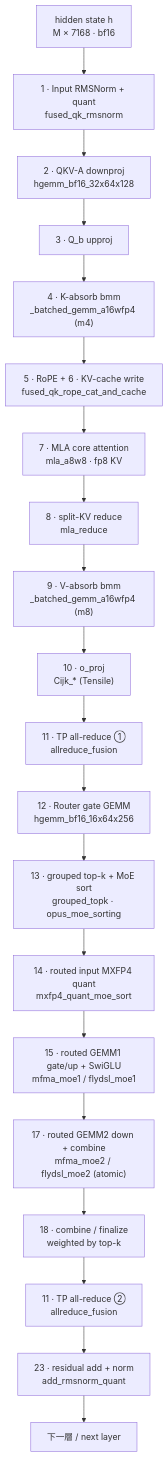
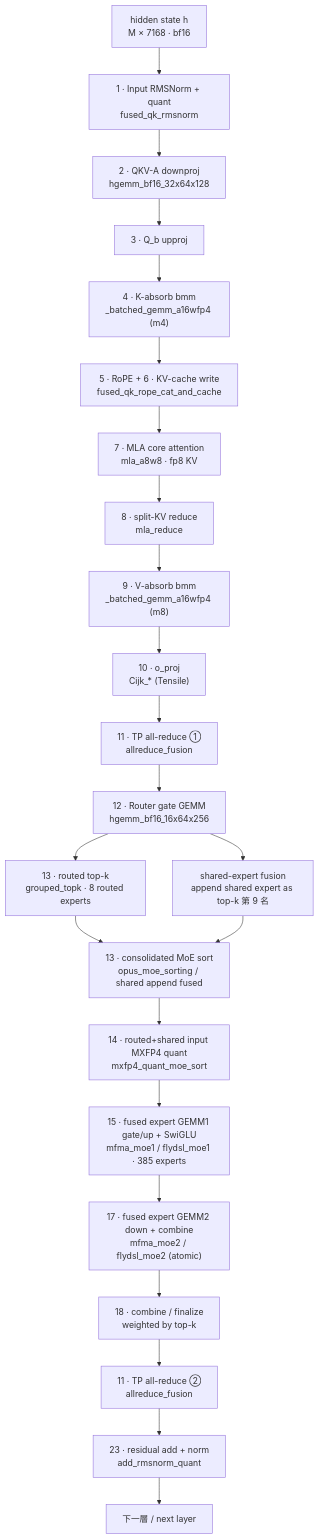
One commit to youyun8/deep-kernel-handbook changed the first of 2 diagrams in docs/aiter/index.md. Above: the diagram before and after it, drawn with Mermaid. The commit also changed other lines of this file and 31 other files, not shown here.

````diff
--- a/docs/aiter/index.md
+++ b/docs/aiter/index.md
@@ -69,26 +79,30 @@
 ```mermaid
 flowchart TB
   X["hidden state h<br/>M × 7168 · bf16"] --> S1["1 · Input RMSNorm + quant<br/>fused_qk_rmsnorm"]
   S1 --> S2["2 · QKV-A downproj<br/>hgemm_bf16_32x64x128"]
   S2 --> S3["3 · Q_b upproj"]
   S3 --> S4["4 · K-absorb bmm<br/>_batched_gemm_a16wfp4 (m4)"]
   S4 --> S56["5 · RoPE + 6 · KV-cache write<br/>fused_qk_rope_cat_and_cache"]
   S56 --> S7["7 · MLA core attention<br/>mla_a8w8 · fp8 KV"]
   S7 --> S8["8 · split-KV reduce<br/>mla_reduce"]
   S8 --> S9["9 · V-absorb bmm<br/>_batched_gemm_a16wfp4 (m8)"]
   S9 --> S10["10 · o_proj<br/>Cijk_* (Tensile)"]
   S10 --> S11a["11 · TP all-reduce ①<br/>allreduce_fusion"]
   S11a --> S12["12 · Router gate GEMM<br/>hgemm_bf16_16x64x256"]
-  S12 --> S13["13 · grouped top-k + MoE sort<br/>grouped_topk · opus_moe_sorting"]
-  S13 --> S14["14 · routed input MXFP4 quant<br/>mxfp4_quant_moe_sort"]
-  S14 --> S15["15 · routed GEMM1 gate/up + SwiGLU<br/>mfma_moe1 / flydsl_moe1"]
-  S15 --> S17["17 · routed GEMM2 down + combine<br/>mfma_moe2 / flydsl_moe2 (atomic)"]
+  S12 --> S13r["13 · routed top-k<br/>grouped_topk · 8 routed experts"]
+  S12 --> S13s["shared-expert fusion<br/>append shared expert as top-k 第 9 名"]
+  S13r --> S13m["13 · consolidated MoE sort<br/>opus_moe_sorting / shared append fused"]
+  S13s --> S13m
+  S13m --> S14["14 · routed+shared input MXFP4 quant<br/>mxfp4_quant_moe_sort"]
+  S14 --> S15["15 · fused expert GEMM1 gate/up + SwiGLU<br/>mfma_moe1 / flydsl_moe1 · 385 experts"]
+  S15 --> S17["17 · fused expert GEMM2 down + combine<br/>mfma_moe2 / flydsl_moe2 (atomic)"]
   S17 --> S18["18 · combine / finalize<br/>weighted by top-k"]
   S18 --> S11b["11 · TP all-reduce ②<br/>allreduce_fusion"]
   S11b --> S23["23 · residual add + norm<br/>add_rmsnorm_quant"]
   S23 --> OUT["下一層 / next layer"]
   class X,OUT accBlue;
   class S7,S8 accTeal;
   class S11a,S11b accAmber;
+  class S13s accGreen;
   class S15,S17 flagship;
 ```
````
